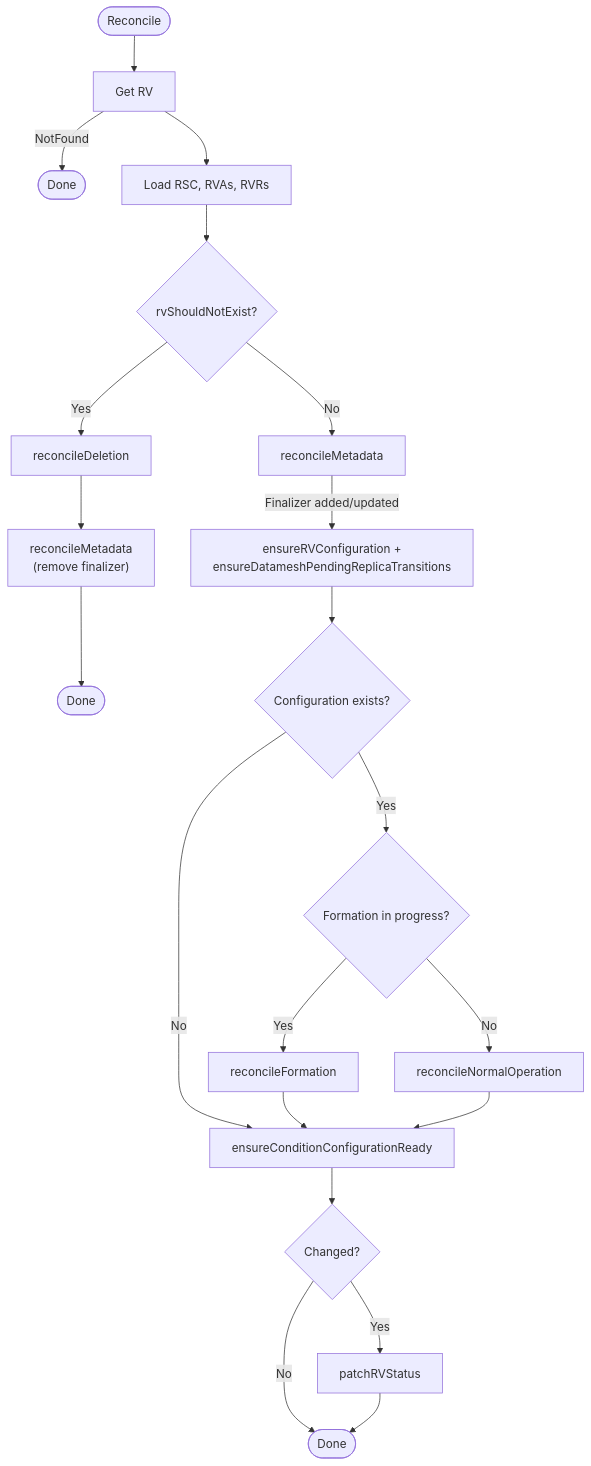
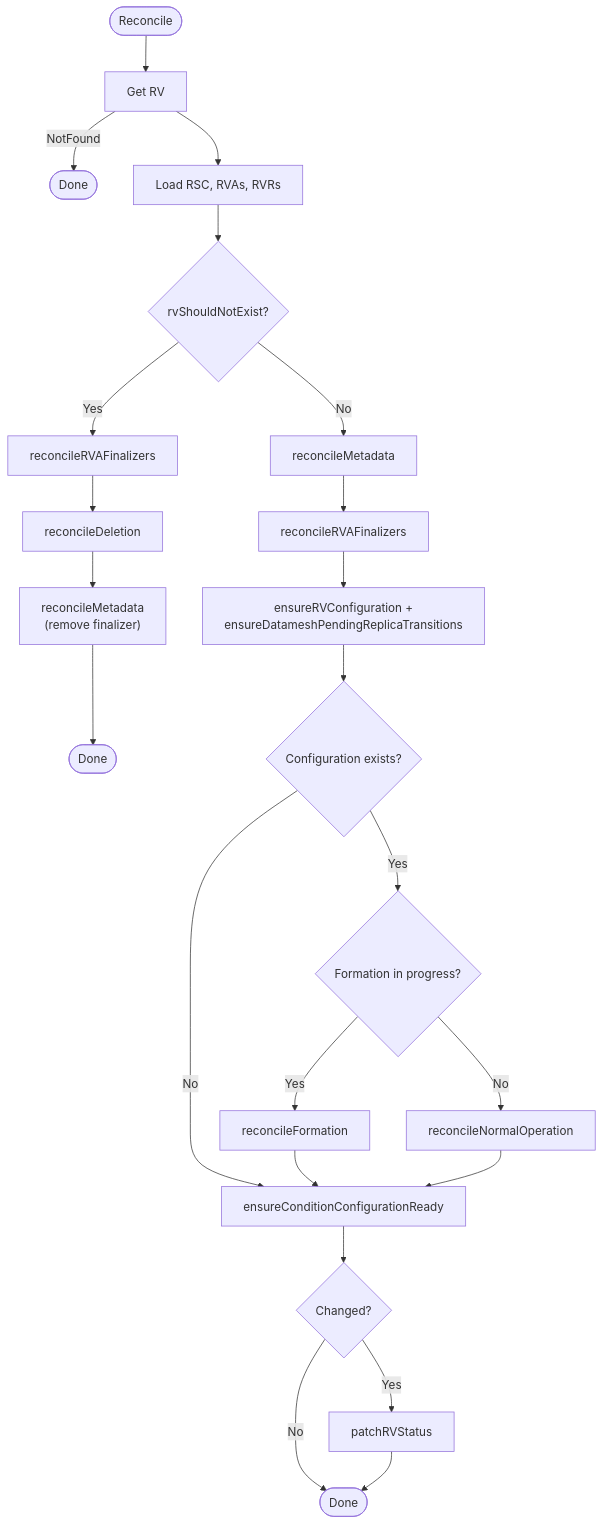
Before and after one commit to deckhouse/sds-replicated-volume: the first of 8 diagrams in images/controller/internal/controllers/rv_controller/README.md, drawn with Mermaid. The commit also changed other lines of this file and 4 other files, not shown here.

````diff
--- a/images/controller/internal/controllers/rv_controller/README.md
+++ b/images/controller/internal/controllers/rv_controller/README.md
@@ -93,29 +101,31 @@
 ```mermaid
 flowchart TD
     Start([Reconcile]) --> GetRV[Get RV]
     GetRV -->|NotFound| Done1([Done])
     GetRV --> LoadDeps[Load RSC, RVAs, RVRs]
 
     LoadDeps --> CheckDelete{rvShouldNotExist?}
-    CheckDelete -->|Yes| Deletion[reconcileDeletion]
+    CheckDelete -->|Yes| RVAFinDel[reconcileRVAFinalizers]
+    RVAFinDel --> Deletion[reconcileDeletion]
     Deletion --> MetaDel["reconcileMetadata<br/>(remove finalizer)"]
     MetaDel --> Done3([Done])
 
     CheckDelete -->|No| Meta[reconcileMetadata]
-    Meta -->|"Finalizer added/updated"| EnsureConfig[ensureRVConfiguration +<br/>ensureDatameshPendingReplicaTransitions]
+    Meta --> RVAFin[reconcileRVAFinalizers]
+    RVAFin --> EnsureConfig[ensureRVConfiguration +<br/>ensureDatameshPendingReplicaTransitions]
     EnsureConfig --> CheckConfig{Configuration exists?}
     CheckConfig -->|No| Conditions
 
     CheckConfig -->|Yes| CheckForming{Formation in progress?}
     CheckForming -->|Yes| Formation[reconcileFormation]
     CheckForming -->|No| NormalOp[reconcileNormalOperation]
 
     Formation --> Conditions
     NormalOp --> Conditions
 
     Conditions[ensureConditionConfigurationReady]
     Conditions --> PatchDecision{Changed?}
     PatchDecision -->|Yes| Patch[patchRVStatus]
     PatchDecision -->|No| EndNode([Done])
     Patch --> EndNode
 ```
````
